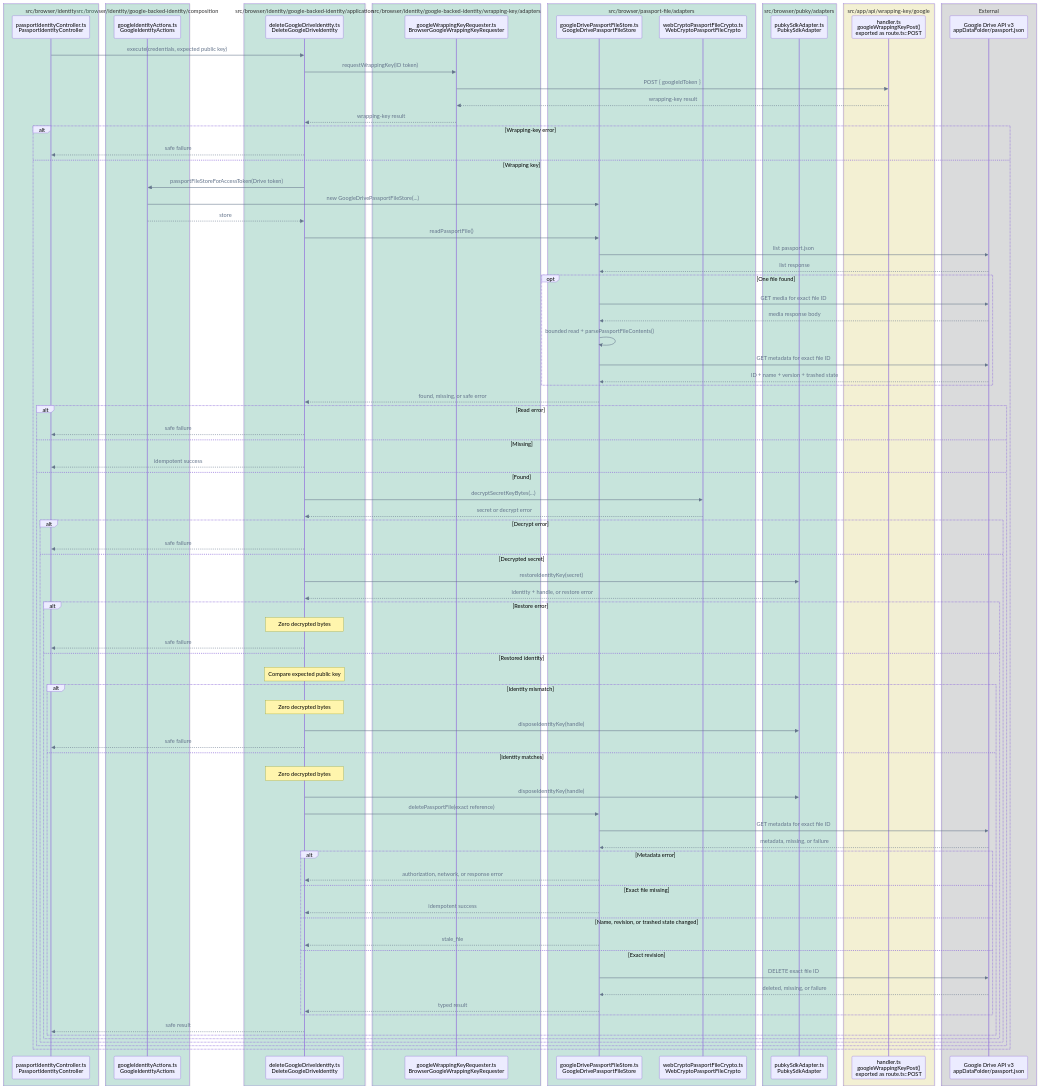
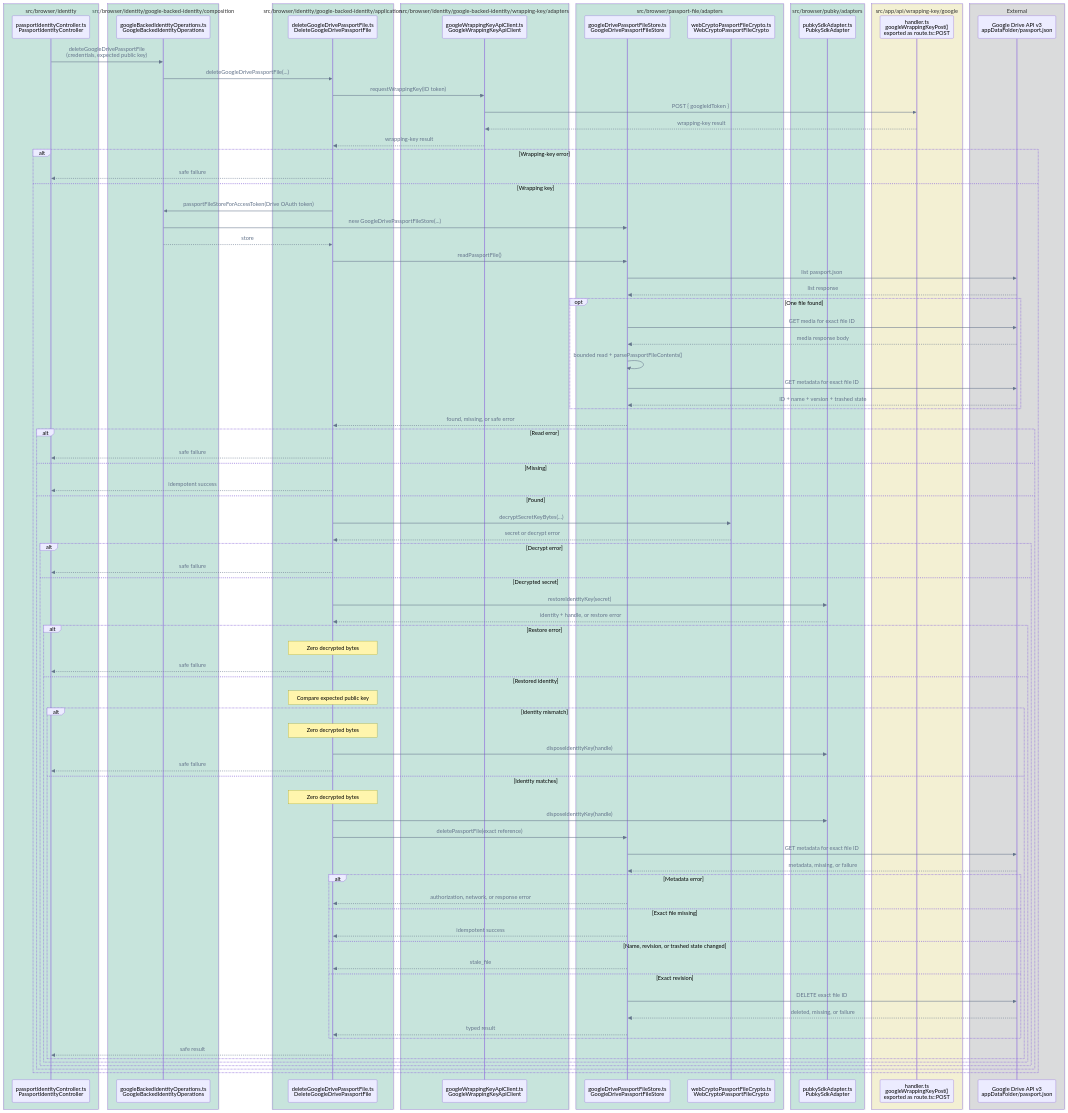
Diagram 12 of 14 in FLOWS.md (pubky/pubky-passport), drawn with Mermaid before and after one commit. The commit also changed other lines of this file and 56 other files, not shown here.

Commit message:
refactor: clarify Google-backed identity boundaries

````diff
--- a/FLOWS.md
+++ b/FLOWS.md
@@ -644,19 +661,19 @@
 ```mermaid
 %%{init: {"themeVariables": {"signalColor": "#64748B", "signalTextColor": "#64748B"}}}%%
 sequenceDiagram
-    accTitle: Development Drive reset call flow
-    accDescr: After the shared Google flow returns verified tokens, the identity controller invokes DeleteGoogleDriveIdentity, which requests wrapping material, reads and decrypts the exact Drive revision, restores and compares the public identity, disposes the key, and deletes only the verified file reference.
+    accTitle: Development Google Drive Passport file deletion call flow
+    accDescr: After provider-account ID-token acquisition and Drive OAuth return verified credentials, the identity controller dispatches the explicit delete action to DeleteGoogleDrivePassportFile, which requests a wrapping key, reads and decrypts the exact Passport file revision, restores and compares the public identity, disposes the key, and deletes only the verified file reference.
     box rgba(0, 158, 115, 0.18) src/browser/identity
         participant Controller as passportIdentityController.ts<br/>PassportIdentityController
     end
     box rgba(0, 158, 115, 0.18) src/browser/identity/google-backed-identity/composition
-        participant Actions as googleIdentityActions.ts<br/>GoogleIdentityActions
+        participant Operations as googleBackedIdentityOperations.ts<br/>GoogleBackedIdentityOperations
     end
     box rgba(0, 158, 115, 0.18) src/browser/identity/google-backed-identity/application
-        participant Delete as deleteGoogleDriveIdentity.ts<br/>DeleteGoogleDriveIdentity
+        participant Delete as deleteGoogleDrivePassportFile.ts<br/>DeleteGoogleDrivePassportFile
     end
     box rgba(0, 158, 115, 0.18) src/browser/identity/google-backed-identity/wrapping-key/adapters
-        participant Wrapping as googleWrappingKeyRequester.ts<br/>BrowserGoogleWrappingKeyRequester
+        participant Wrapping as googleWrappingKeyApiClient.ts<br/>GoogleWrappingKeyApiClient
     end
     box rgba(0, 158, 115, 0.18) src/browser/passport-file/adapters
         participant DriveStore as googleDrivePassportFileStore.ts<br/>GoogleDrivePassportFileStore
@@ -672,7 +689,8 @@
         participant Drive as Google Drive API v3<br/>appDataFolder/passport.json
     end
 
-    Controller->>Delete: execute(credentials, expected public key)
+    Controller->>Operations: deleteGoogleDrivePassportFile<br/>(credentials, expected public key)
+    Operations->>Delete: deleteGoogleDrivePassportFile(...)
     Delete->>Wrapping: requestWrappingKey(ID token)
     Wrapping->>WrappingAPI: POST { googleIdToken }
     WrappingAPI-->>Wrapping: wrapping-key result
@@ -680,9 +698,9 @@
     alt Wrapping-key error
         Delete-->>Controller: safe failure
     else Wrapping key
-        Delete->>Actions: passportFileStoreForAccessToken(Drive token)
-        Actions->>DriveStore: new GoogleDrivePassportFileStore(...)
-        Actions-->>Delete: store
+        Delete->>Operations: passportFileStoreForAccessToken(Drive OAuth token)
+        Operations->>DriveStore: new GoogleDrivePassportFileStore(...)
+        Operations-->>Delete: store
         Delete->>DriveStore: readPassportFile()
         DriveStore->>Drive: list passport.json
         Drive-->>DriveStore: list response
````
